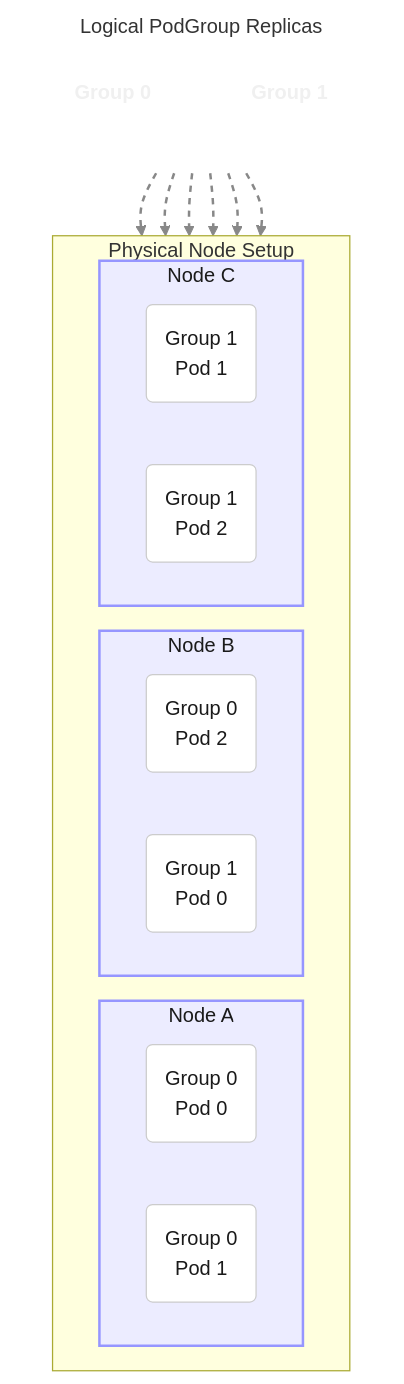
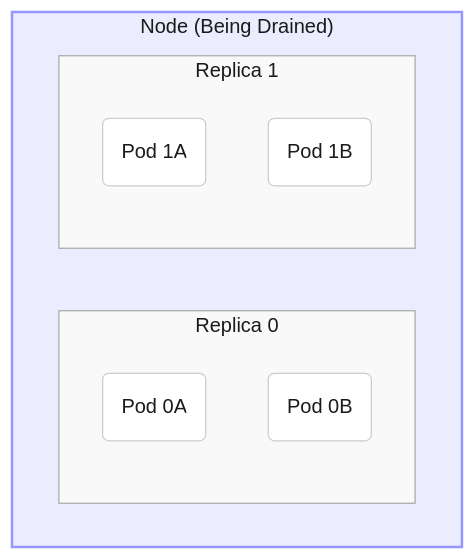
One commit to kubernetes/enhancements changed the first of 3 diagrams in keps/sig-apps/draft-20251010-multipod-pdb/README.md. Above: the diagram before and after it, drawn with Mermaid. The commit also changed other lines of this file, not shown here.

````diff
--- a/keps/sig-apps/draft-20251010-multipod-pdb/README.md
+++ b/keps/sig-apps/draft-20251010-multipod-pdb/README.md
@@ -317,51 +303,27 @@
 ```mermaid
 graph TD
-    %% Define Styles for Setup Diagram
+    %% Define Styles
     classDef node_box fill:#ececff,stroke:#9696ff,stroke-width:2px,color:#1a1a1a
+    classDef replica_box fill:#f9f9f9,stroke:#aaa,stroke-width:1px,color:#1a1a1a
     classDef pod_box fill:#fff,stroke:#ccc,color:#1a1a1a
-    classDef replica_label fill:none,stroke:none,font-weight:bold,color:#f0f0f0
 
-    subgraph "Physical Node Setup"
-        direction LR
+    subgraph NodeToDrain ["Node (Being Drained)"]
+        direction LR %% Arrange replicas side-by-side
+        
+        subgraph Replica0 ["Replica 0"]
+            P0A("Pod 0A")
+            P0B("Pod 0B")
+        end
+        class Replica0 replica_box
+        
+        subgraph Replica1 ["Replica 1"]
+            P1A("Pod 1A")
+            P1B("Pod 1B")
+        end
+        class Replica1 replica_box
 
-        subgraph NodeA ["Node A"]
-            G0P0("Group 0<br/>Pod 0")
-            G0P1("Group 0<br/>Pod 1")
-        end
-        class NodeA node_box
-
-        subgraph NodeB ["Node B"]
-            G0P2("Group 0<br/>Pod 2")
-            G1P0("Group 1<br/>Pod 0")
-        end
-        class NodeB node_box
-
-        subgraph NodeC ["Node C"]
-            G1P1("Group 1<br/>Pod 1")
-            G1P2("Group 1<br/>Pod 2")
-        end
-        class NodeC node_box
-
-        class G0P0,G0P1,G0P2,G1P0,G1P1,G1P2 pod_box
     end
     
-    %% Logical Groupings (shown with links)
-    subgraph LogicalGrouping ["Logical PodGroup Replicas"]
-        direction TB
-        style LogicalGrouping fill:none,stroke:none
-        G0("Group 0")
-        G1("Group 1")
-        class G0,G1 replica_label
-    end
-    
-    G0 -.-> G0P0
-    G0 -.-> G0P1
-    G0 -.-> G0P2
-    
-    G1 -.-> G1P0
-    G1 -.-> G1P1
-    G1 -.-> G1P2
-
-    %% Style all links
-    linkStyle 0,1,2,3,4,5 stroke:#888,stroke-dasharray: 5 5,stroke-width:2px
+    class NodeToDrain node_box
+    class P0A,P0B,P1A,P1B pod_box
 ```
````
